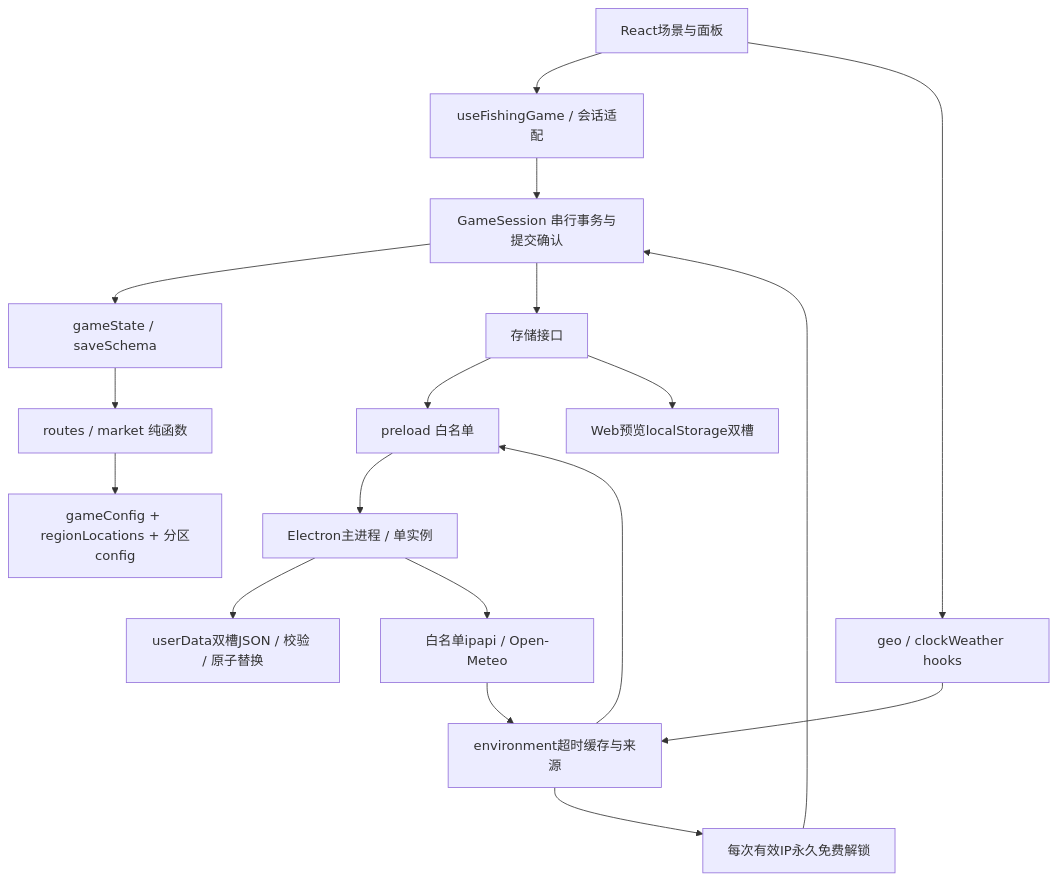
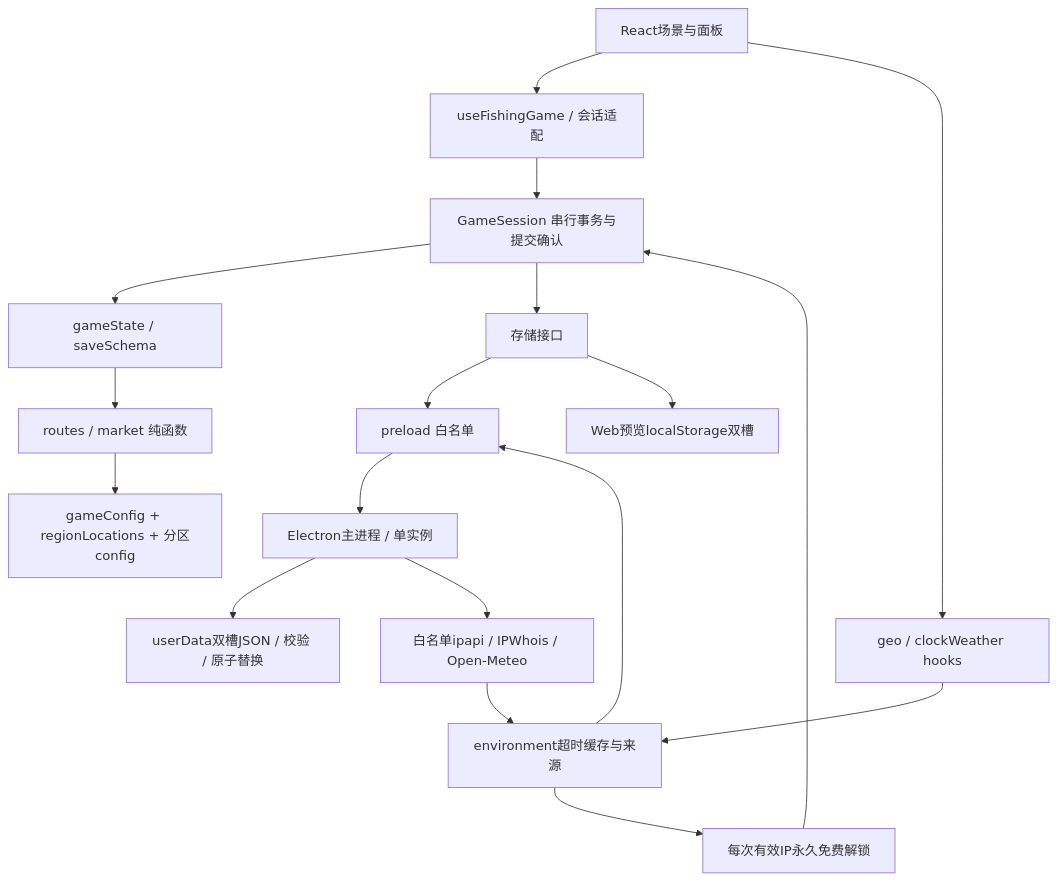
Before and after one commit to C-xudco/PondClock: the first of 7 diagrams in docs/architecture.md, drawn with Mermaid. The commit also changed other lines of this file and 31 other files, not shown here.

````diff
--- a/docs/architecture.md
+++ b/docs/architecture.md
@@ -3,20 +3,20 @@
 ```mermaid
 flowchart TD
   UI[React场景与面板] --> HOOK[useFishingGame / 会话适配]
   HOOK --> SESSION[GameSession 串行事务与提交确认]
   SESSION --> STATE[gameState / saveSchema]
   STATE --> RULES[routes / market 纯函数]
   RULES --> DATA[gameConfig + regionLocations + 分区config]
   SESSION --> REPO[存储接口]
   REPO --> BRIDGE[preload 白名单]
   BRIDGE --> MAIN[Electron主进程 / 单实例]
   MAIN --> SAVE[userData双槽JSON / 校验 / 原子替换]
   REPO --> WEB[Web预览localStorage双槽]
   UI --> ENV[geo / clockWeather hooks]
   ENV --> SERVICE[environment超时缓存与来源]
   SERVICE --> BRIDGE
-  MAIN --> NET[白名单ipapi / Open-Meteo]
+  MAIN --> NET[白名单ipapi / IPWhois / Open-Meteo]
   NET --> SERVICE
   SERVICE --> GEO[每次有效IP永久免费解锁]
   GEO --> SESSION
 ```
````
